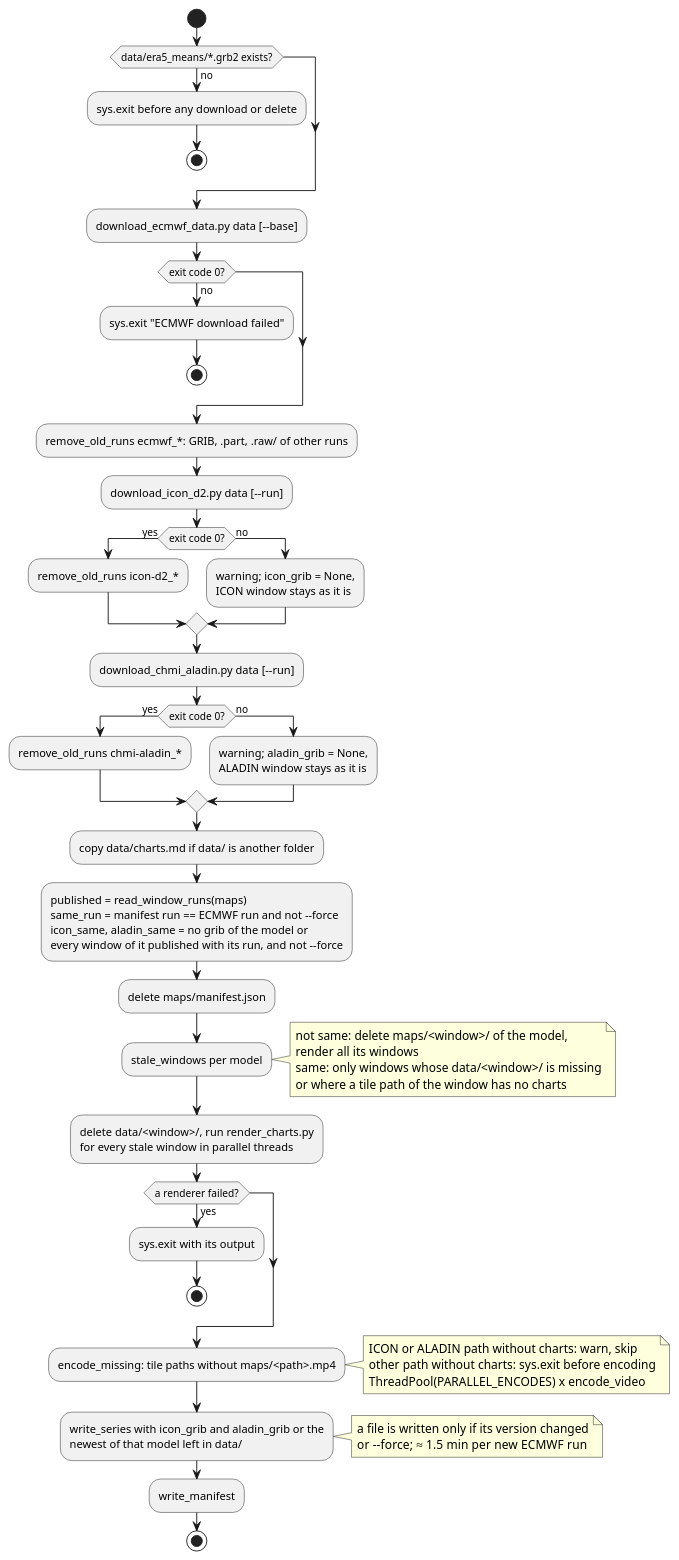
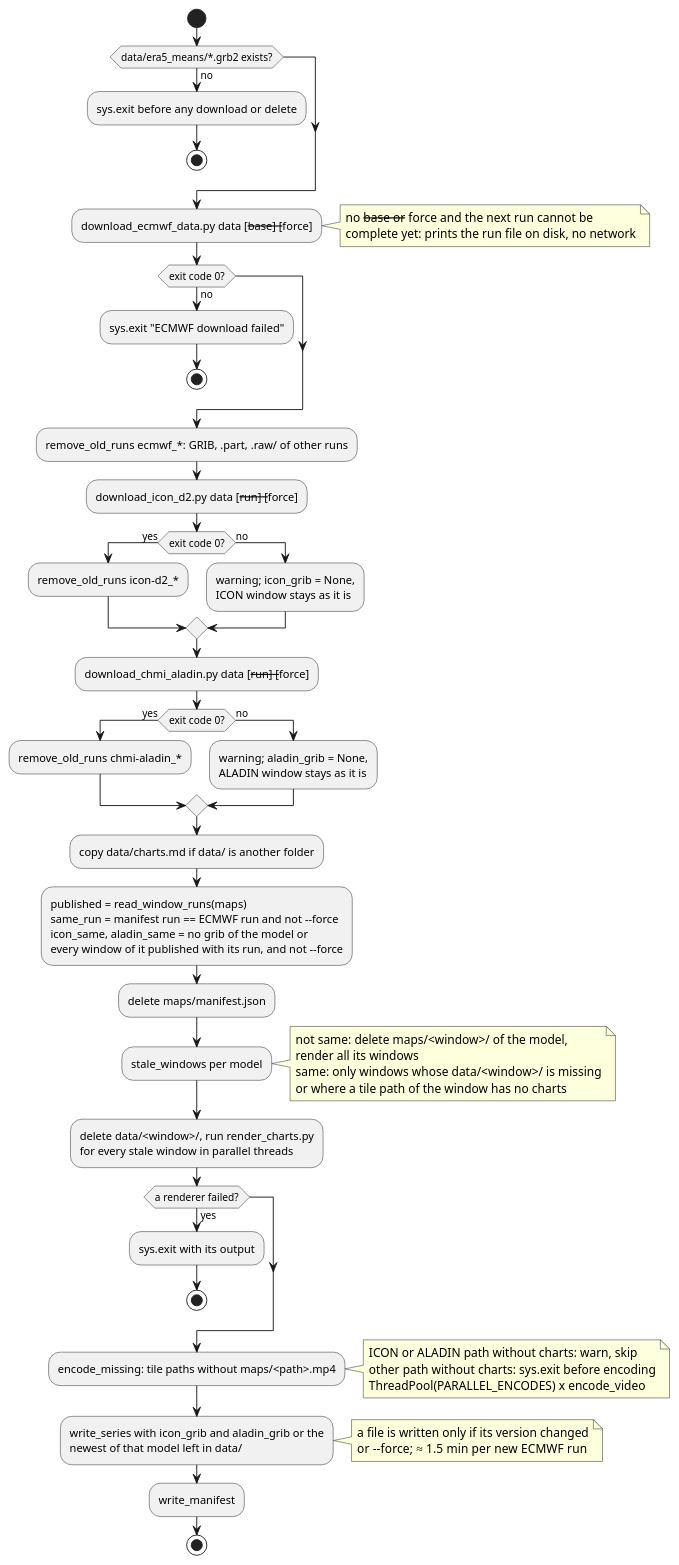
One commit to schletz/wetterkartenviewer changed the second of 5 diagrams in REFERENCE.scripts.md. Above: the diagram before and after it, drawn with PlantUML. The commit also changed other lines of this file and 7 other files, not shown here.

First line of the commit message:
Ask the model servers only when a new run can be complete [skip ci]

````diff
--- a/REFERENCE.scripts.md
+++ b/REFERENCE.scripts.md
@@ -168,62 +168,66 @@
 ```plantuml
 @startuml update_maps
 start
 if (data/era5_means/*.grb2 exists?) then (no)
  :sys.exit before any download or delete;
  stop
 endif
-:download_ecmwf_data.py data [--base];
+:download_ecmwf_data.py data [--base] [--force];
+note right
+ no --base or --force and the next run cannot be
+ complete yet: prints the run file on disk, no network
+end note
 if (exit code 0?) then (no)
  :sys.exit "ECMWF download failed";
  stop
 endif
 :remove_old_runs ecmwf_*: GRIB, .part, .raw/ of other runs;
-:download_icon_d2.py data [--run];
+:download_icon_d2.py data [--run] [--force];
 if (exit code 0?) then (yes)
  :remove_old_runs icon-d2_*;
 else (no)
  :warning; icon_grib = None,
  ICON window stays as it is;
 endif
-:download_chmi_aladin.py data [--run];
+:download_chmi_aladin.py data [--run] [--force];
 if (exit code 0?) then (yes)
  :remove_old_runs chmi-aladin_*;
 else (no)
  :warning; aladin_grib = None,
  ALADIN window stays as it is;
 endif
 :copy data/charts.md if data/ is another folder;
 :published = read_window_runs(maps)
 same_run = manifest run == ECMWF run and not --force
 icon_same, aladin_same = no grib of the model or
 every window of it published with its run, and not --force;
 :delete maps/manifest.json;
 :stale_windows per model;
 note right
  not same: delete maps/<window>/ of the model,
  render all its windows
  same: only windows whose data/<window>/ is missing
  or where a tile path of the window has no charts
 end note
 :delete data/<window>/, run render_charts.py
 for every stale window in parallel threads;
 if (a renderer failed?) then (yes)
  :sys.exit with its output;
  stop
 endif
 :encode_missing: tile paths without maps/<path>.mp4;
 note right
  ICON or ALADIN path without charts: warn, skip
  other path without charts: sys.exit before encoding
  ThreadPool(PARALLEL_ENCODES) x encode_video
 end note
 :write_series with icon_grib and aladin_grib or the
 newest of that model left in data/;
 note right
  a file is written only if its version changed
  or --force; ≈ 1.5 min per new ECMWF run
 end note
 :write_manifest;
 stop
 @enduml
 ```
````
